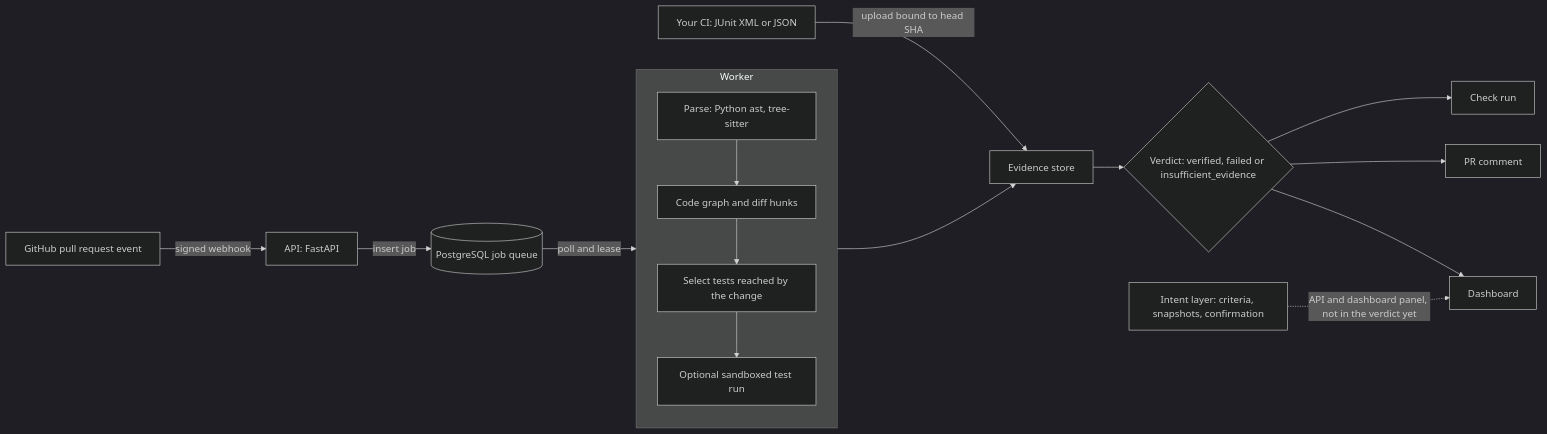
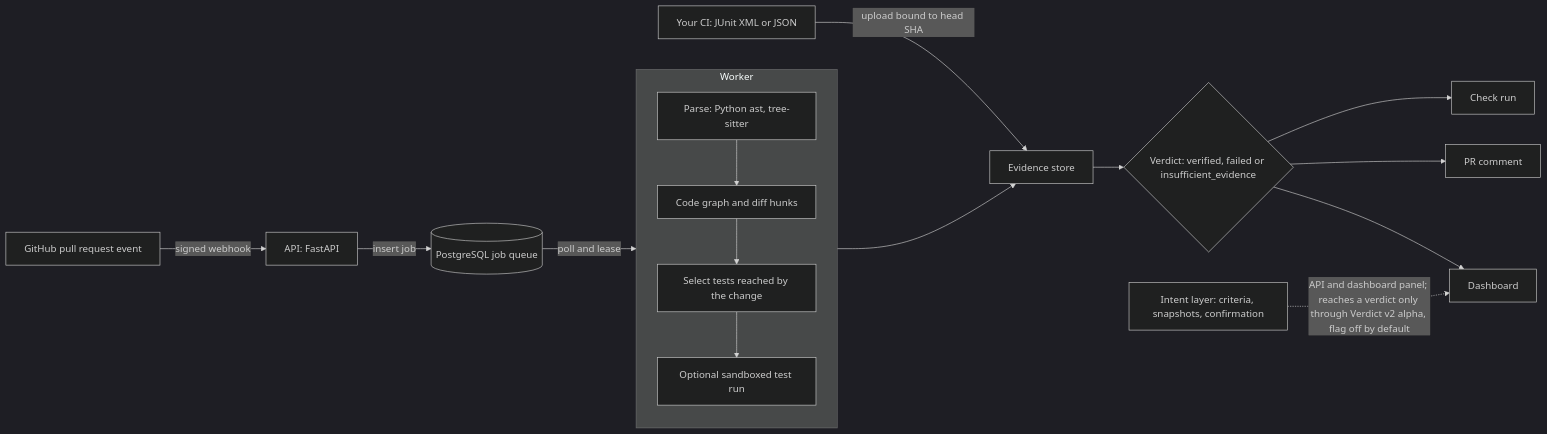
Before and after one commit to Mohith-c7/Radius: the diagram in README.md, drawn with Mermaid (dark theme). The commit also changed other lines of this file and 8 other files, not shown here.

````diff
--- a/README.md
+++ b/README.md
@@ -14,19 +14,19 @@
 ```mermaid
 flowchart LR
     GH["GitHub pull request event"] -->|signed webhook| API["API: FastAPI"]
     API -->|insert job| Q[("PostgreSQL job queue")]
     Q -->|poll and lease| WK
     subgraph WK["Worker"]
         direction TB
         P["Parse: Python ast, tree-sitter"] --> G["Code graph and diff hunks"]
         G --> S["Select tests reached by the change"]
         S --> X["Optional sandboxed test run"]
     end
     CI["Your CI: JUnit XML or JSON"] -->|upload bound to head SHA| E["Evidence store"]
     WK --> E
     E --> V{"Verdict: verified, failed or insufficient_evidence"}
     V --> CR["Check run"]
     V --> PC["PR comment"]
     V --> D["Dashboard"]
-    IL["Intent layer: criteria, snapshots, confirmation"] -.->|API and dashboard panel, not in the verdict yet| D
+    IL["Intent layer: criteria, snapshots, confirmation"] -.->|API and dashboard panel; reaches a verdict only through Verdict v2 alpha, flag off by default| D
 ```
````
